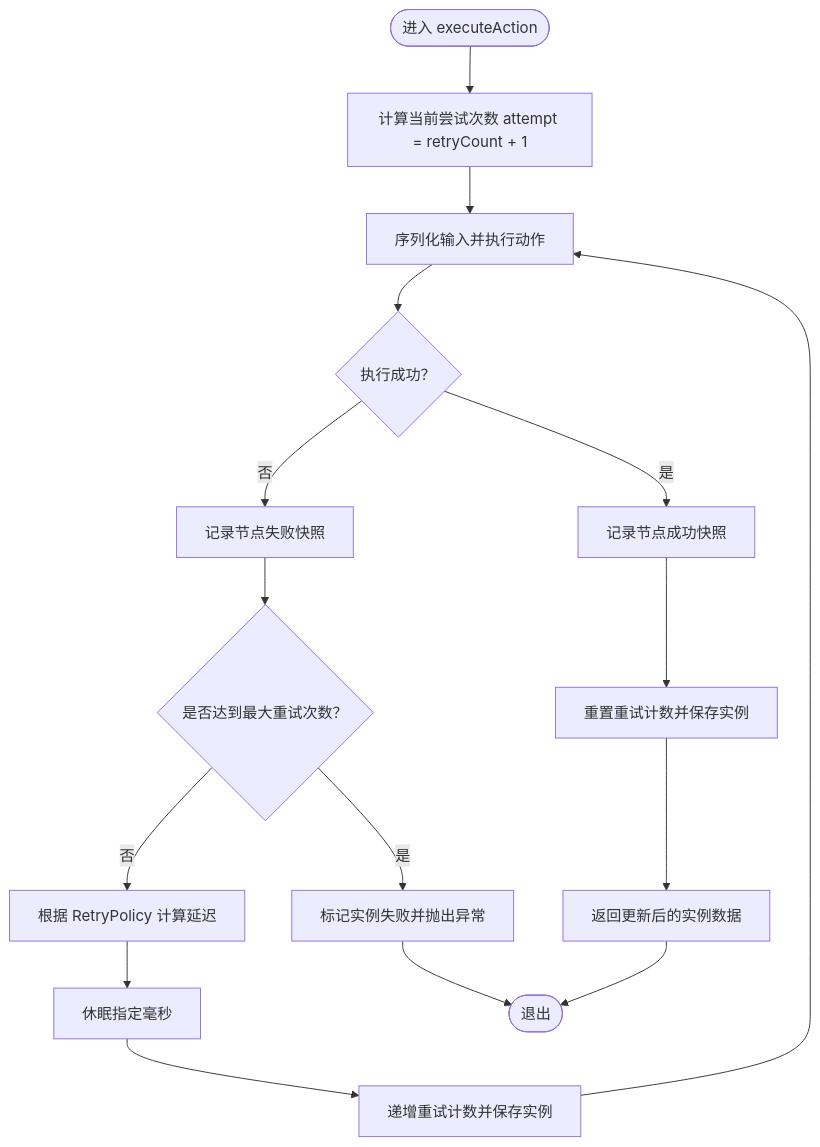
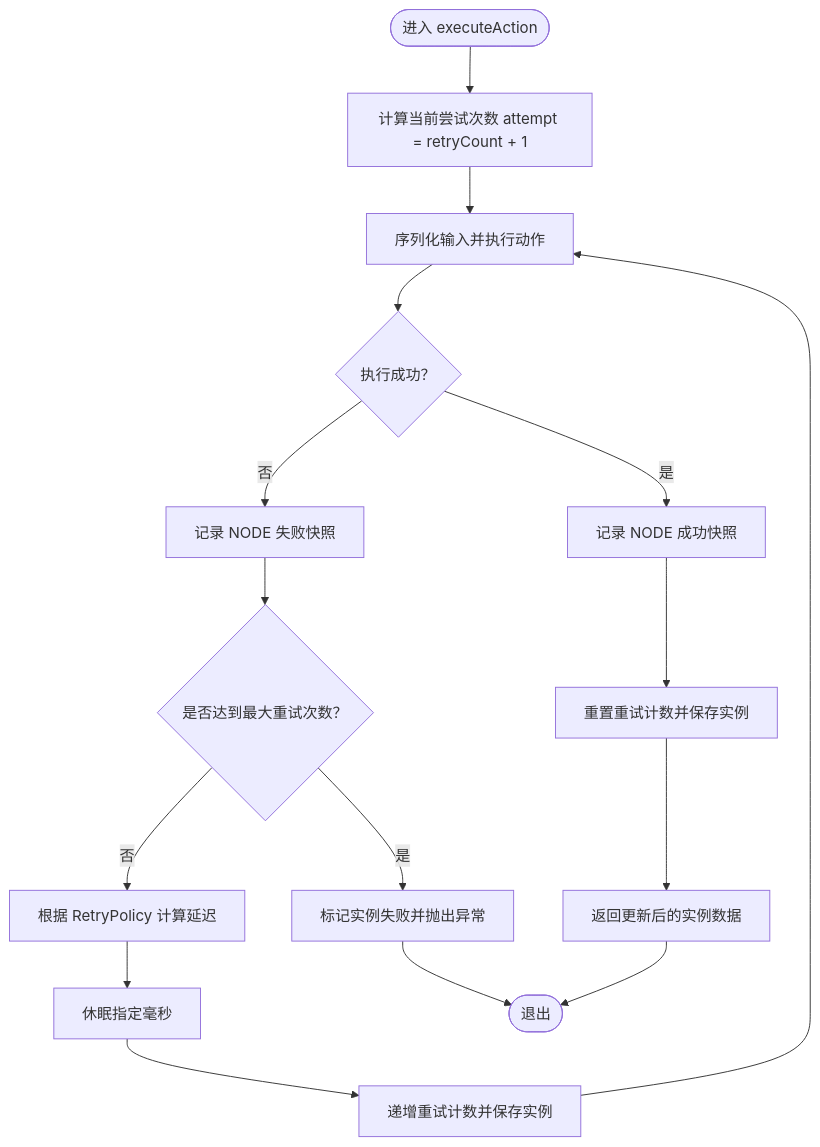
Before and after one commit to xiaoche80s-tech/state-machine-parent: the fifth of 9 diagrams in .qoder/repowiki/zh/content/执行引擎/实例执行服务.md, drawn with Mermaid. The commit also changed other lines of this file and 7 other files, not shown here.

````diff
--- a/.qoder/repowiki/zh/content/执行引擎/实例执行服务.md
+++ b/.qoder/repowiki/zh/content/执行引擎/实例执行服务.md
@@ -288,18 +271,18 @@
 ```mermaid
 flowchart TD
 Enter(["进入 executeAction"]) --> Attempt["计算当前尝试次数 attempt = retryCount + 1"]
 Attempt --> TryExec["序列化输入并执行动作"]
 TryExec --> Ok{"执行成功？"}
-Ok --> |是| SnapOk["记录节点成功快照"]
+Ok --> |是| SnapOk["记录 NODE 成功快照"]
 SnapOk --> ResetRetry["重置重试计数并保存实例"]
 ResetRetry --> ReturnOk["返回更新后的实例数据"]
-Ok --> |否| SnapFail["记录节点失败快照"]
+Ok --> |否| SnapFail["记录 NODE 失败快照"]
 SnapFail --> CanRetry{"是否达到最大重试次数？"}
 CanRetry --> |否| CalcDelay["根据 RetryPolicy 计算延迟"]
 CalcDelay --> Sleep["休眠指定毫秒"]
 Sleep --> IncRetry["递增重试计数并保存实例"]
 IncRetry --> TryExec
 CanRetry --> |是| MarkFail["标记实例失败并抛出异常"]
 MarkFail --> Exit(["退出"])
 ReturnOk --> Exit
 ```
````
